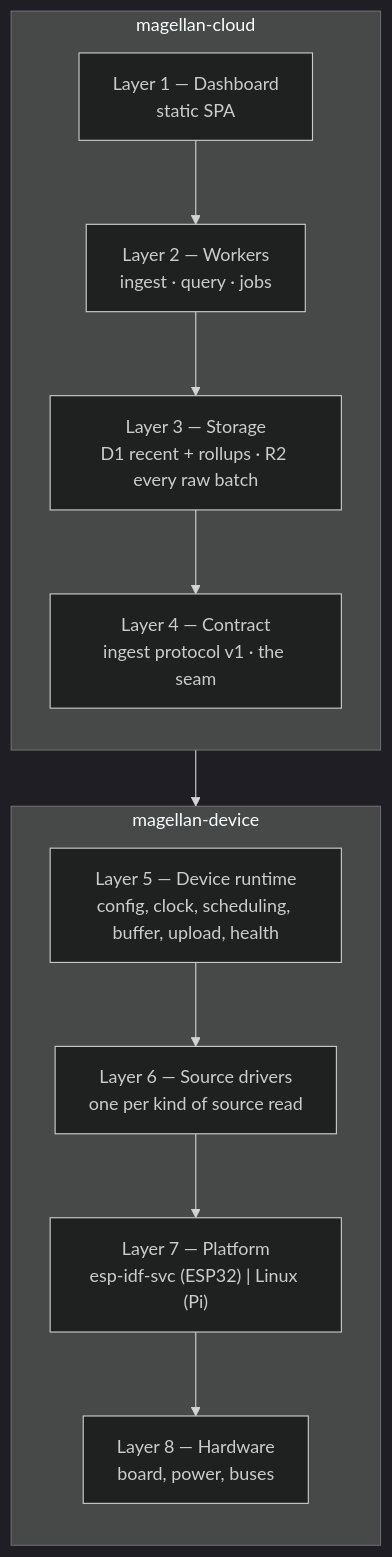
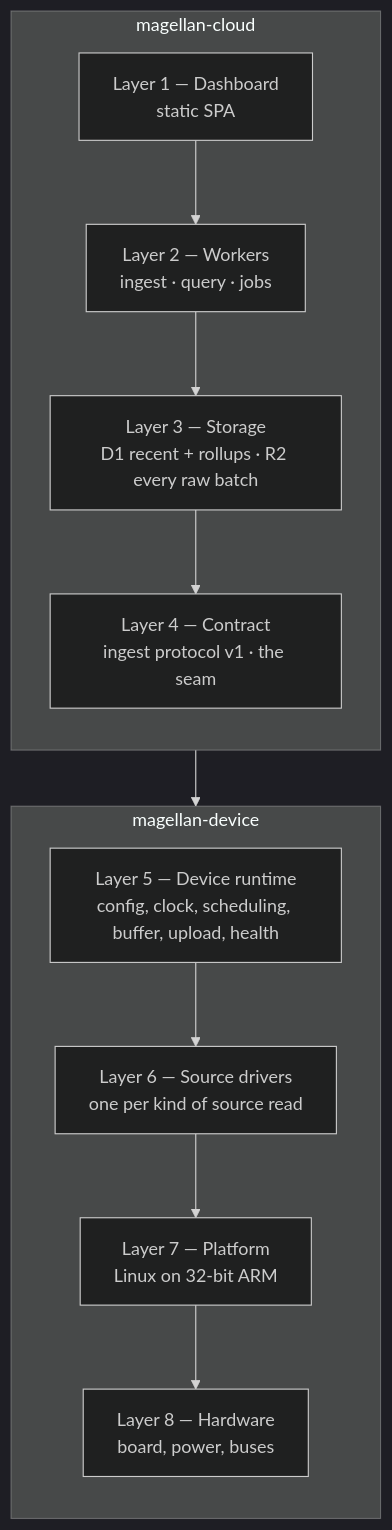
The first of 2 diagrams in docs/DESIGN.md (fabbrito/magellan-device), drawn with Mermaid (dark theme) before and after one commit. The commit also changed other lines of this file and 2 other files, not shown here.

First line of the commit message:
docs(docs): name one platform, not two

````diff
--- a/docs/DESIGN.md
+++ b/docs/DESIGN.md
@@ -64,22 +64,22 @@
 ```mermaid
 flowchart TB
     subgraph cloud["magellan-cloud"]
         direction TB
         L1["Layer 1 — Dashboard<br/>static SPA"]
         L2["Layer 2 — Workers<br/>ingest · query · jobs"]
         L3["Layer 3 — Storage<br/>D1 recent + rollups · R2 every raw batch"]
         L4["Layer 4 — Contract<br/>ingest protocol v1 · the seam"]
         L1 --> L2 --> L3 --> L4
     end
 
     subgraph device["magellan-device"]
         direction TB
         L5["Layer 5 — Device runtime<br/>config, clock, scheduling, buffer, upload, health"]
         L6["Layer 6 — Source drivers<br/>one per kind of source read"]
-        L7["Layer 7 — Platform<br/>esp-idf-svc (ESP32) | Linux (Pi)"]
+        L7["Layer 7 — Platform<br/>Linux on 32-bit ARM"]
         L8["Layer 8 — Hardware<br/>board, power, buses"]
         L5 --> L6 --> L7 --> L8
     end
 
     L4 --> L5
 ```
````
